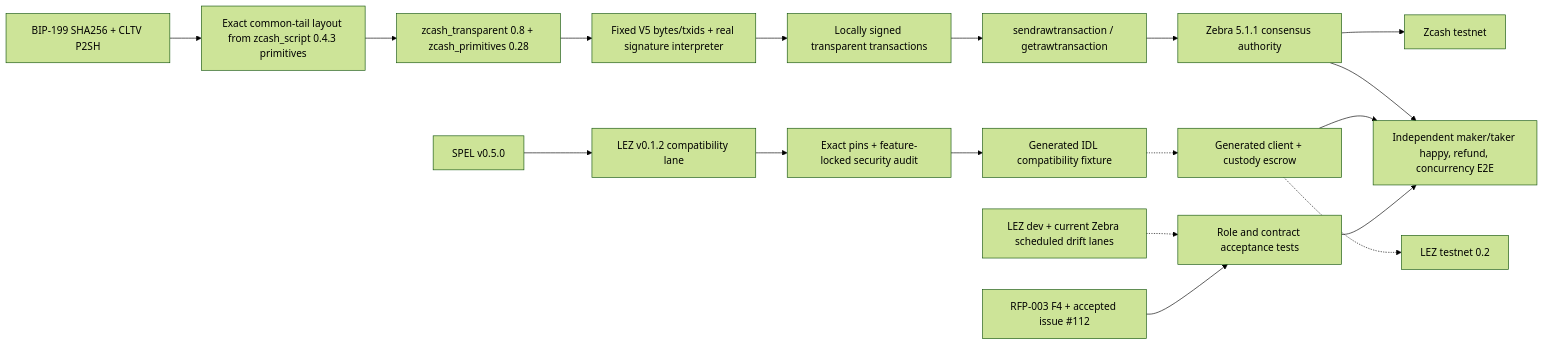
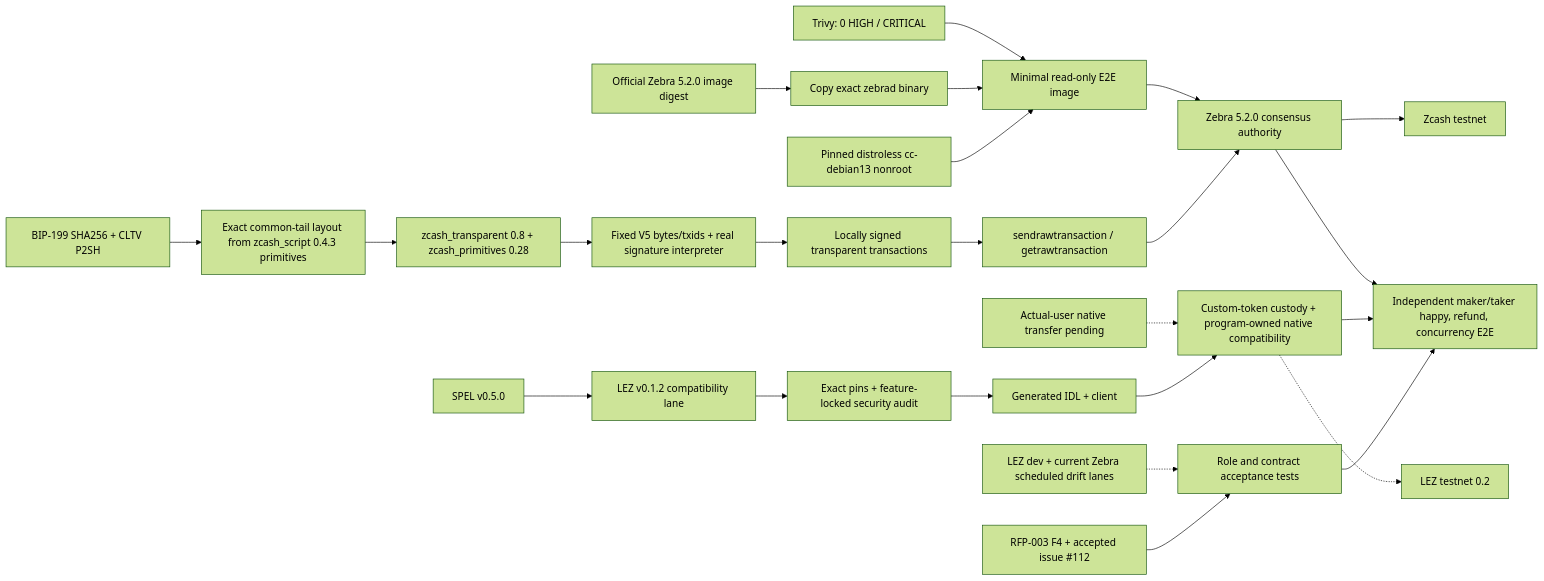
One commit to gateway-fm/lez-atomic-swaps changed the diagram in docs/architecture/0014-zec-m2-implementation-pins.md. Above: the diagram before and after it, drawn with Mermaid (forest theme). The commit also changed other lines of this file and 25 other files, not shown here.

Commit message:
feat: prove M2 ZEC and token custody foundations

````diff
--- a/docs/architecture/0014-zec-m2-implementation-pins.md
+++ b/docs/architecture/0014-zec-m2-implementation-pins.md
@@ -5,20 +5,26 @@
 ```mermaid
 flowchart LR
     Contract["RFP-003 F4 + accepted issue #112"] --> Tests["Role and contract acceptance tests"]
     BIP["BIP-199 SHA256 + CLTV P2SH"] --> Script["Exact common-tail layout from zcash_script 0.4.3 primitives"]
     Script --> Tx["zcash_transparent 0.8 + zcash_primitives 0.28"]
     Tx --> TxVectors["Fixed V5 bytes/txids + real signature interpreter"]
     TxVectors --> Raw["Locally signed transparent transactions"]
     Raw --> RPC["sendrawtransaction / getrawtransaction"]
-    RPC --> Zebra["Zebra 5.1.1 consensus authority"]
+    RPC --> Zebra["Zebra 5.2.0 consensus authority"]
+    Official["Official Zebra 5.2.0 image digest"] --> Binary["Copy exact zebrad binary"]
+    Distroless["Pinned distroless cc-debian13 nonroot"] --> Runtime["Minimal read-only E2E image"]
+    Binary --> Runtime
+    Scan["Trivy: 0 HIGH / CRITICAL"] --> Runtime
+    Runtime --> Zebra
     Zebra --> ZTest["Zcash testnet"]
     SPEL["SPEL v0.5.0"] --> Compat["LEZ v0.1.2 compatibility lane"]
     Compat --> CompatAudit["Exact pins + feature-locked security audit"]
-    CompatAudit --> IDL["Generated IDL compatibility fixture"]
-    IDL -.-> Escrow["Generated client + custody escrow"]
+    CompatAudit --> IDL["Generated IDL + client"]
+    IDL --> Escrow["Custom-token custody + program-owned native compatibility"]
+    Native["Actual-user native transfer pending"] -.-> Escrow
     Escrow -.-> LezTest["LEZ testnet 0.2"]
     Drift["LEZ dev + current Zebra scheduled drift lanes"] -.-> Tests
     Tests --> Roles["Independent maker/taker happy, refund, concurrency E2E"]
     Escrow --> Roles
     Zebra --> Roles
 ```
````
